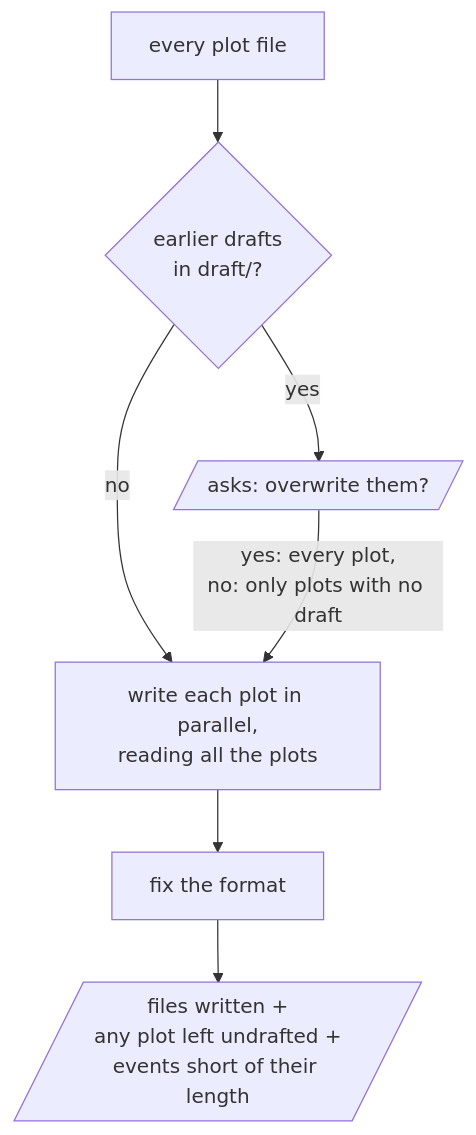
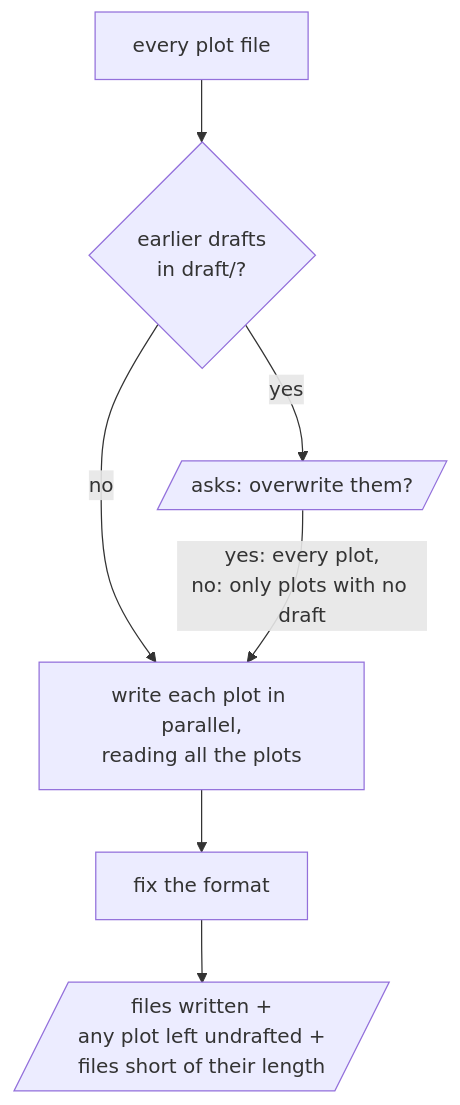
Before and after one commit to omni-stove/skill-kit: the diagram in domains/story/skills/draft-all/README.md, drawn with Mermaid. The commit also changed other lines of this file and 13 other files, not shown here.

````diff
--- a/domains/story/skills/draft-all/README.md
+++ b/domains/story/skills/draft-all/README.md
@@ -7,9 +7,9 @@
 ```mermaid
 flowchart TD
   input[every plot file] --> exists{earlier drafts<br/>in draft/?}
   exists -- "yes" --> ask[/asks: overwrite them?/]
   exists -- "no" --> write
   ask -- "yes: every plot,<br/>no: only plots with no draft" --> write[write each plot in parallel,<br/>reading all the plots]
   write --> format[fix the format]
-  format --> done[/"files written +<br/>any plot left undrafted +<br/>events short of their length"/]
+  format --> done[/"files written +<br/>any plot left undrafted +<br/>files short of their length"/]
 ```
````
